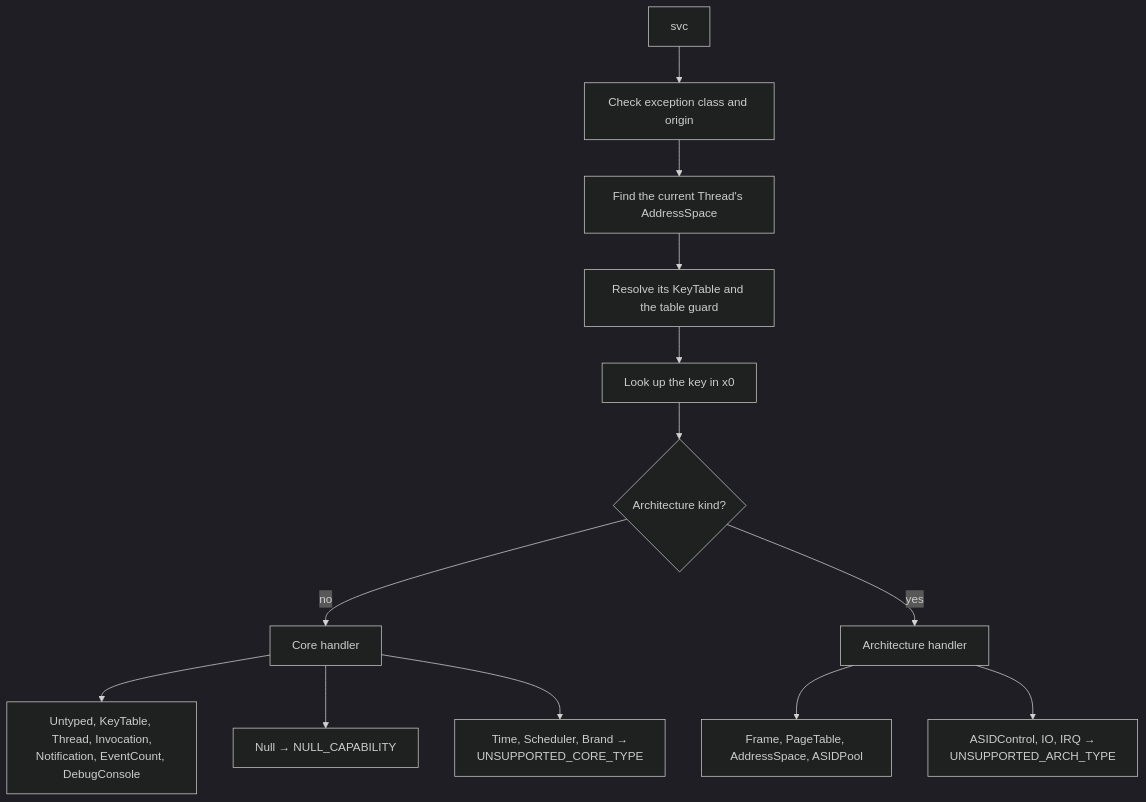
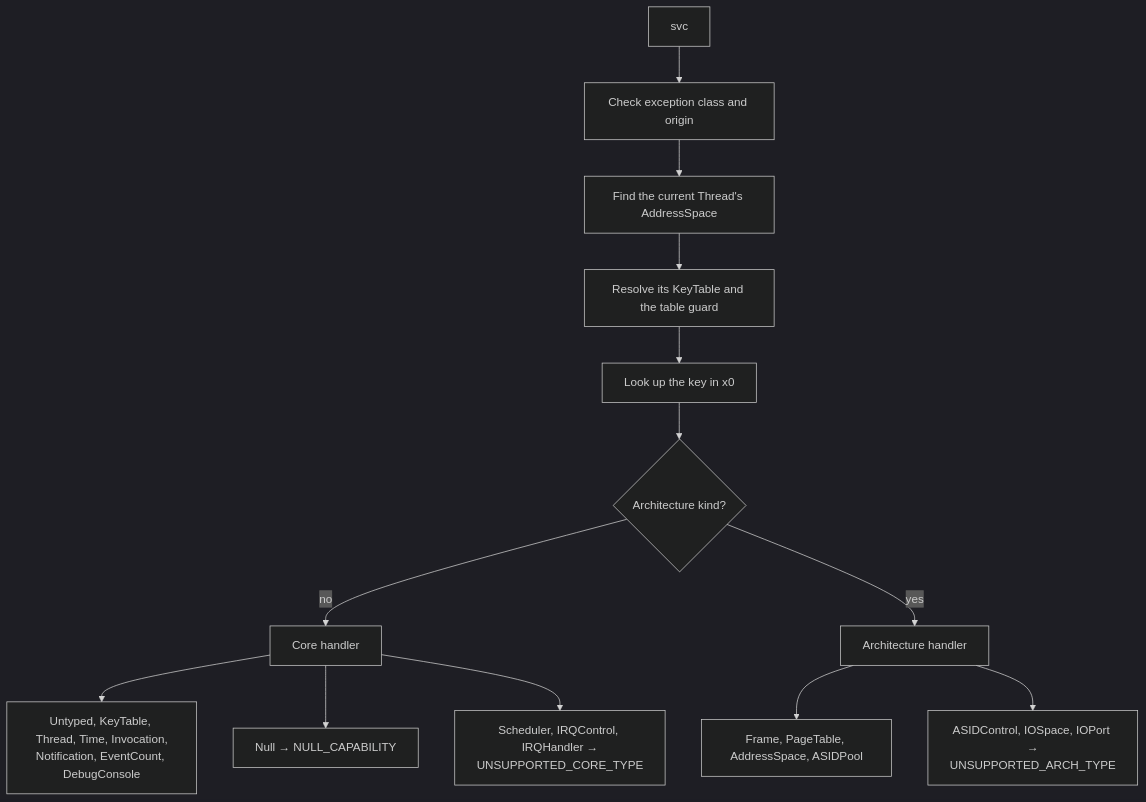
The diagram in doc/object_types/README.md (metta-systems/vesper), drawn with Mermaid (dark theme) before and after one commit. The commit also changed other lines of this file and 49 other files, not shown here.

Commit message:
Implement Time and IRQ caps

````diff
--- a/doc/object_types/README.md
+++ b/doc/object_types/README.md
@@ -139,15 +140,15 @@
 ```mermaid
 flowchart TD
     A["svc"] --> B["Check exception class and origin"]
     B --> AS["Find the current Thread's AddressSpace"]
     AS --> KT["Resolve its KeyTable and the table guard"]
     KT --> C["Look up the key in x0"]
     C --> D{"Architecture kind?"}
     D -- "no" --> E["Core handler"]
     D -- "yes" --> F["Architecture handler"]
-    E --> G["Untyped, KeyTable, Thread, Invocation,<br/>Notification, EventCount, DebugConsole"]
+    E --> G["Untyped, KeyTable, Thread, Time, Invocation,<br/>Notification, EventCount, DebugConsole"]
     E --> I["Null → NULL_CAPABILITY"]
-    E --> J["Time, Scheduler, Brand →<br/>UNSUPPORTED_CORE_TYPE"]
+    E --> J["Scheduler, IRQControl, IRQHandler →<br/>UNSUPPORTED_CORE_TYPE"]
     F --> L["Frame, PageTable, AddressSpace, ASIDPool"]
-    F --> M["ASIDControl, IO, IRQ →<br/>UNSUPPORTED_ARCH_TYPE"]
+    F --> M["ASIDControl, IOSpace, IOPort →<br/>UNSUPPORTED_ARCH_TYPE"]
 ```
````
